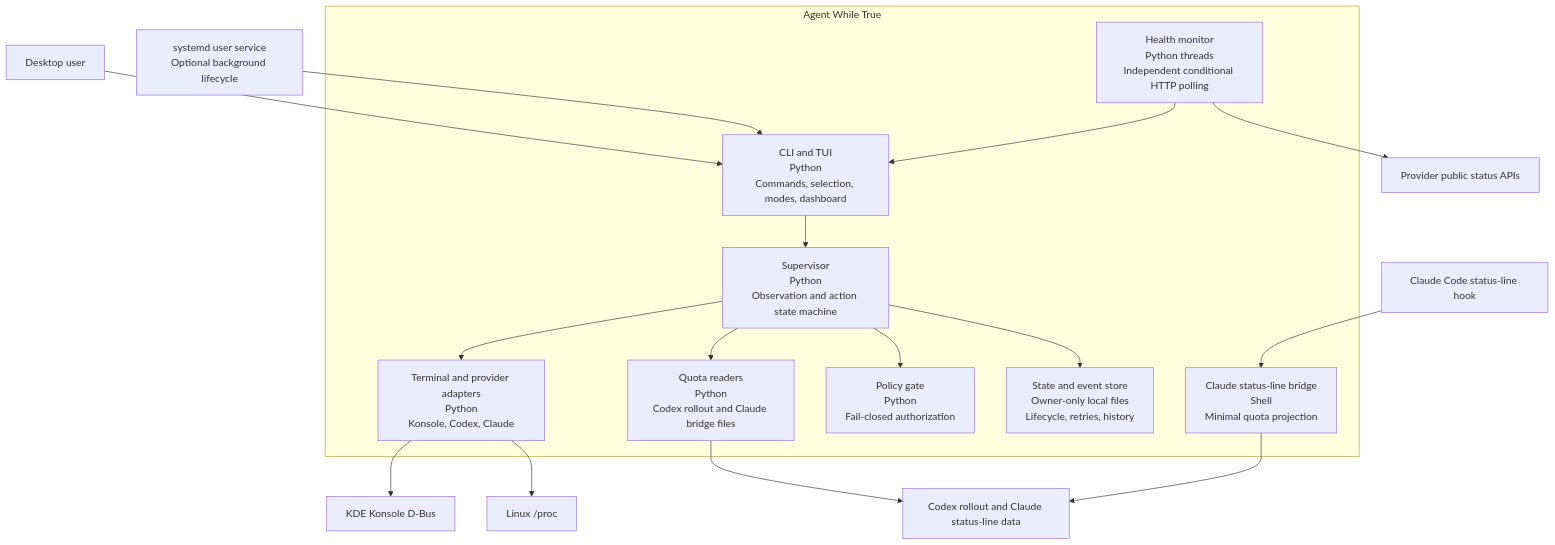
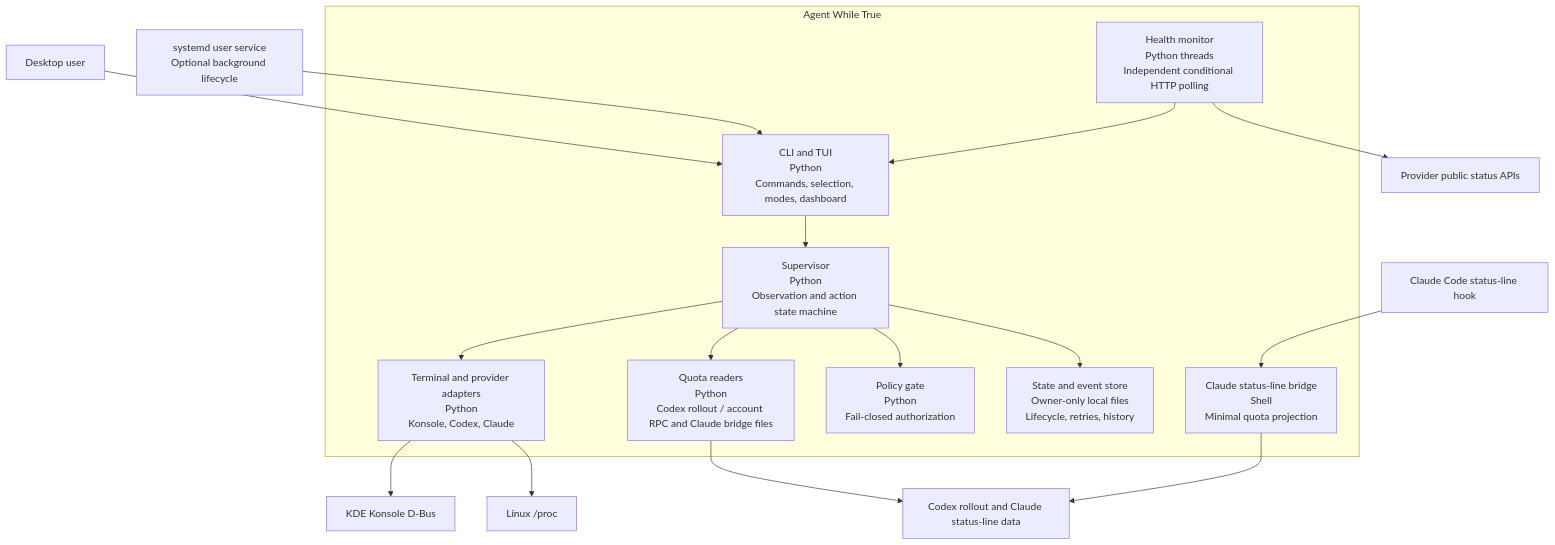
Before and after one commit to marcelpetrick/AgentWhileTrue: the second of 7 diagrams in docs/ARCHITECTURE.md, drawn with Mermaid. The commit also changed other lines of this file and 14 other files, not shown here.

Commit message:
feat(AgentWhileTrue): read detached Codex daemon quota safely

````diff
--- a/docs/ARCHITECTURE.md
+++ b/docs/ARCHITECTURE.md
@@ -45,37 +45,37 @@
 ```mermaid
 flowchart TB
     user["Desktop user"]
     systemd["systemd user service<br/>Optional background lifecycle"]
 
     subgraph awt["Agent While True"]
         cli["CLI and TUI<br/>Python<br/>Commands, selection, modes, dashboard"]
         supervisor["Supervisor<br/>Python<br/>Observation and action state machine"]
         adapters["Terminal and provider adapters<br/>Python<br/>Konsole, Codex, Claude"]
-        quota["Quota readers<br/>Python<br/>Codex rollout and Claude bridge files"]
+        quota["Quota readers<br/>Python<br/>Codex rollout / account RPC and Claude bridge files"]
         health["Health monitor<br/>Python threads<br/>Independent conditional HTTP polling"]
         policy["Policy gate<br/>Python<br/>Fail-closed authorization"]
         state["State and event store<br/>Owner-only local files<br/>Lifecycle, retries, history"]
         bridge["Claude status-line bridge<br/>Shell<br/>Minimal quota projection"]
     end
 
     konsole["KDE Konsole D-Bus"]
     proc["Linux /proc"]
     localdata["Codex rollout and Claude status-line data"]
     statuspages["Provider public status APIs"]
     claudecli["Claude Code status-line hook"]
 
     user --> cli
     systemd --> cli
     cli --> supervisor
     supervisor --> adapters
     supervisor --> quota
     supervisor --> policy
     supervisor --> state
     adapters --> konsole
     adapters --> proc
     quota --> localdata
     health --> statuspages
     health --> cli
     claudecli --> bridge
     bridge --> localdata
 ```
````
